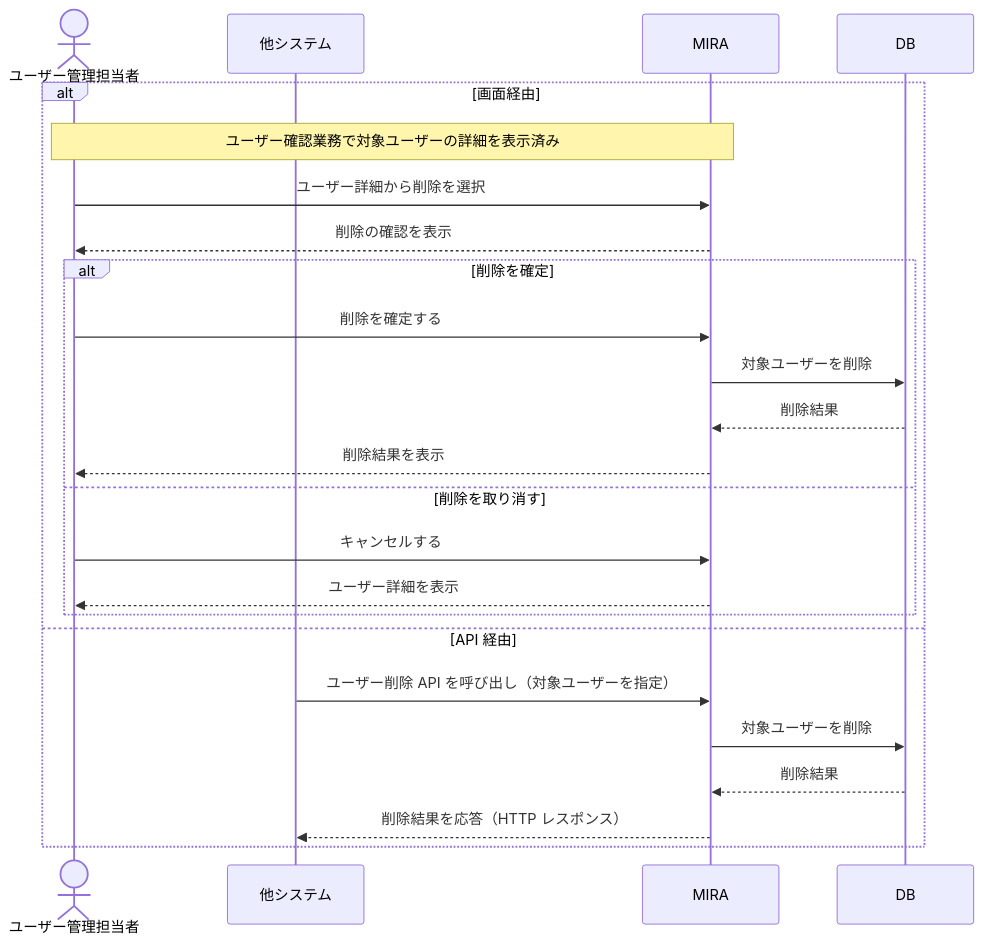
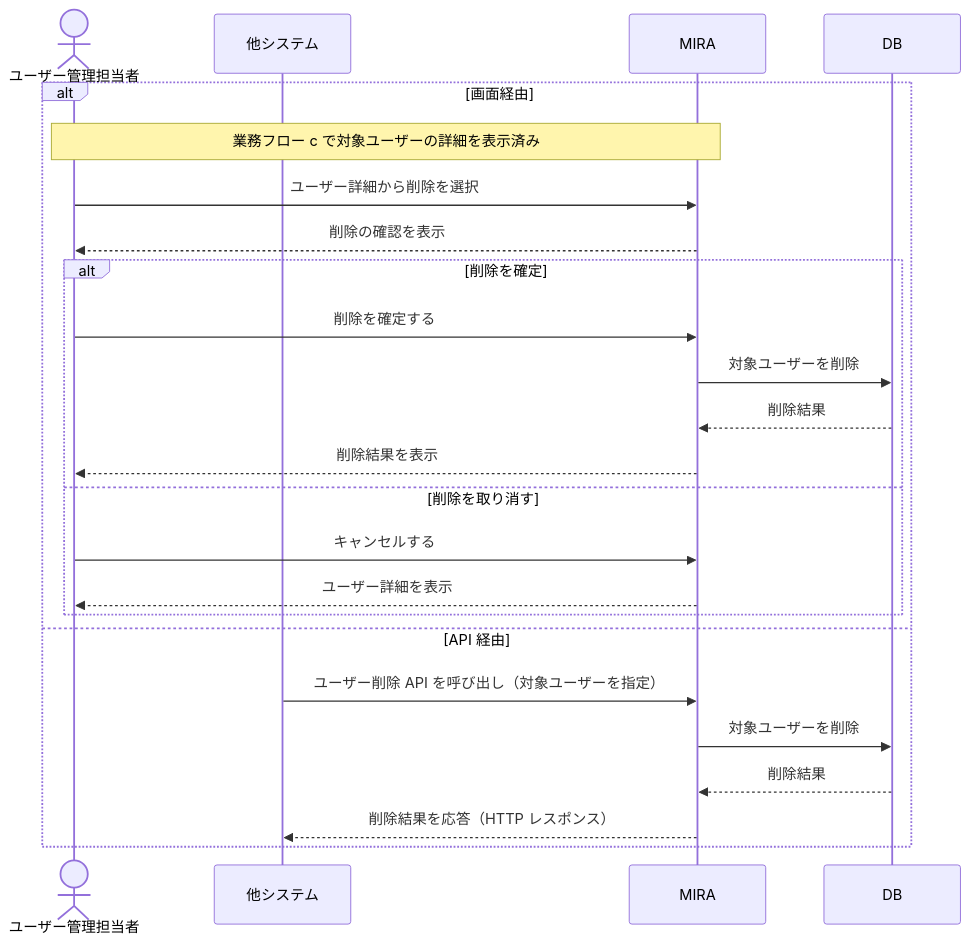
Before and after one commit to hirokikw/mira: the fifth of 6 diagrams in app/docs/business-requirements/README.md, drawn with Mermaid. The commit also changed other lines of this file and 3 other files, not shown here.

````diff
--- a/app/docs/business-requirements/README.md
+++ b/app/docs/business-requirements/README.md
@@ -126,27 +131,27 @@
 ```mermaid
 sequenceDiagram
     actor Staff as ユーザー管理担当者
     participant Client as 他システム
     participant Mira as MIRA
     participant DB as DB
 
     alt 画面経由
-        Note over Staff,Mira: ユーザー確認業務で対象ユーザーの詳細を表示済み
+        Note over Staff,Mira: 業務フロー c で対象ユーザーの詳細を表示済み
         Staff->>Mira: ユーザー詳細から削除を選択
         Mira-->>Staff: 削除の確認を表示
         alt 削除を確定
             Staff->>Mira: 削除を確定する
             Mira->>DB: 対象ユーザーを削除
             DB-->>Mira: 削除結果
             Mira-->>Staff: 削除結果を表示
         else 削除を取り消す
             Staff->>Mira: キャンセルする
             Mira-->>Staff: ユーザー詳細を表示
         end
     else API 経由
         Client->>Mira: ユーザー削除 API を呼び出し（対象ユーザーを指定）
         Mira->>DB: 対象ユーザーを削除
         DB-->>Mira: 削除結果
         Mira-->>Client: 削除結果を応答（HTTP レスポンス）
     end
 ```
````
